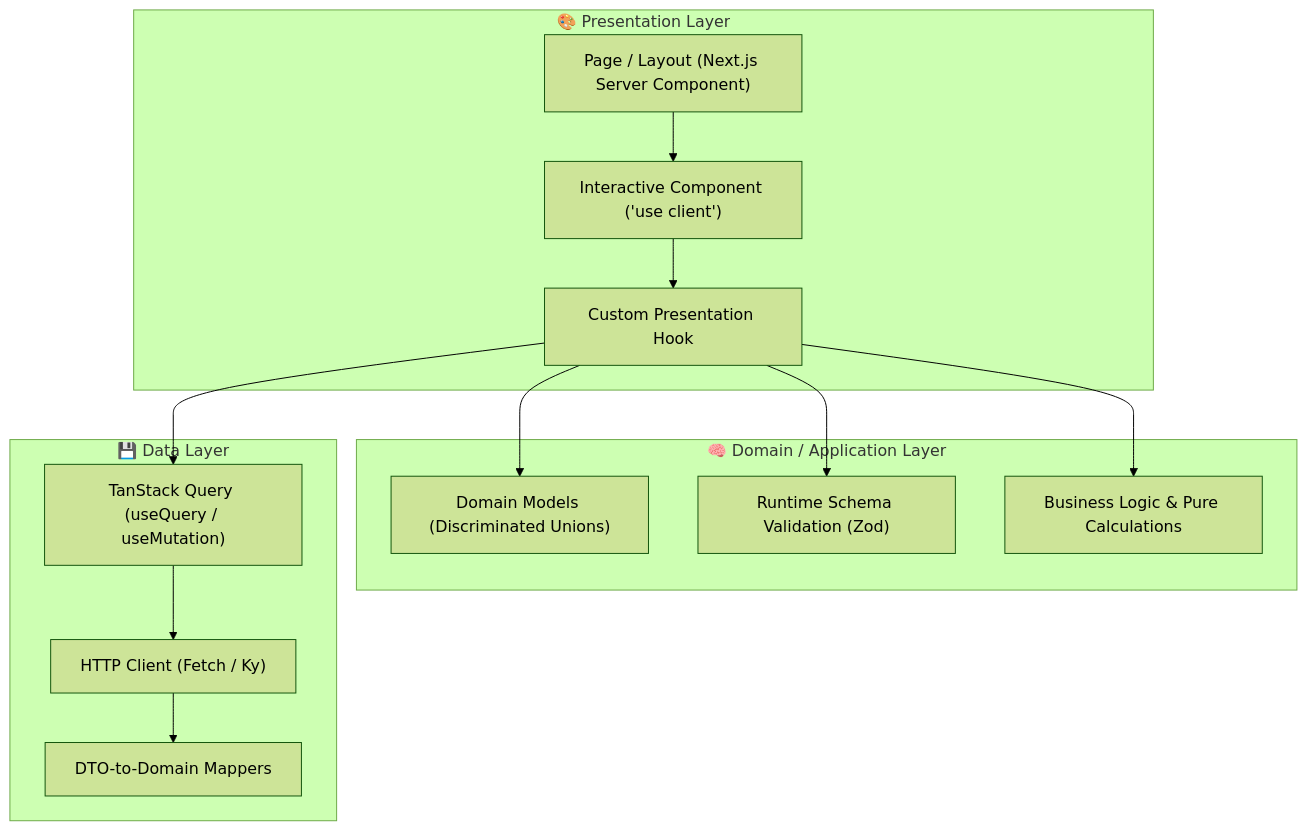
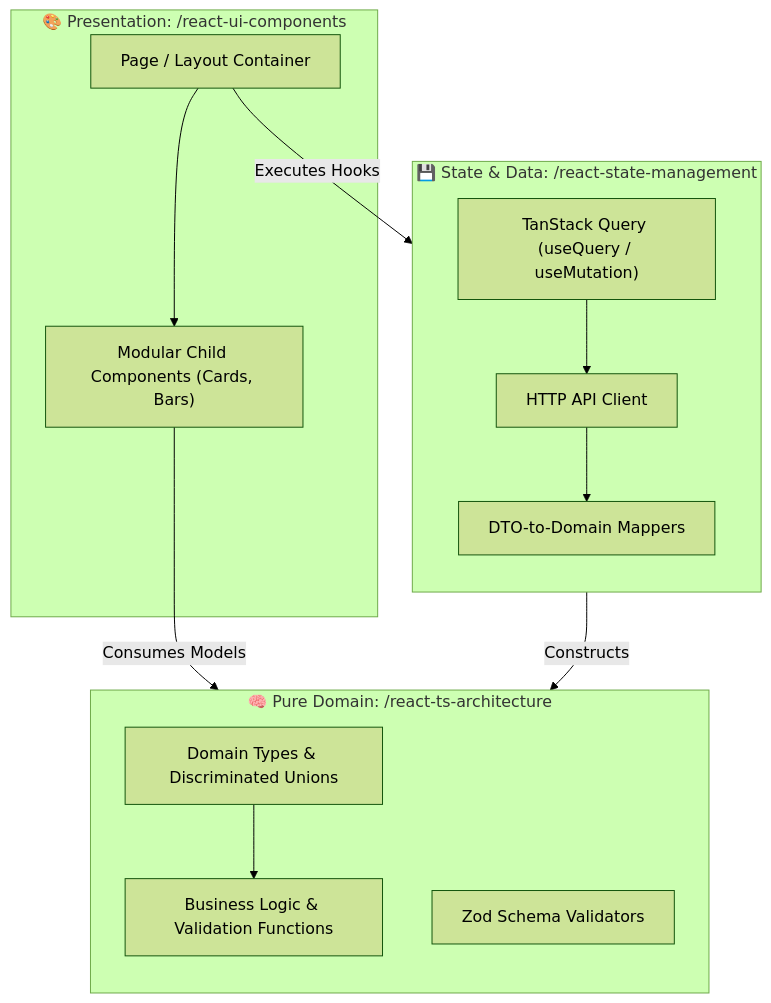
Before and after one commit to RidhwanAF/AI-Agent-Skills: the diagram in react-ts-skills/README.md, drawn with Mermaid (forest theme). The commit also changed other lines of this file and 21 other files, not shown here.

Commit message:
feat(modular): decompose Android and React skills, add Windows support, changelog recorder, and KMP pure domain standards

````diff
--- a/react-ts-skills/README.md
+++ b/react-ts-skills/README.md
@@ -23,28 +32,29 @@
 ```mermaid
 flowchart TD
-    subgraph UI ["🎨 Presentation Layer"]
-        Page["Page / Layout (Next.js Server Component)"]
-        InteractiveComp["Interactive Component ('use client')"]
-        CustomHook["Custom Presentation Hook"]
-        Page --> InteractiveComp
-        InteractiveComp --> CustomHook
+    subgraph PresentationLayer ["🎨 Presentation: /react-ui-components"]
+        Page["Page / Layout Container"]
+        Components["Modular Child Components (Cards, Bars)"]
+        Page --> Components
     end
 
-    subgraph Domain ["🧠 Domain / Application Layer"]
-        DomainType["Domain Models (Discriminated Unions)"]
-        ZodSchema["Runtime Schema Validation (Zod)"]
-        PureLogic["Business Logic & Pure Calculations"]
-        CustomHook --> DomainType
-        CustomHook --> ZodSchema
-        CustomHook --> PureLogic
+    subgraph DomainLayer ["🧠 Pure Domain: /react-ts-architecture"]
+        direction TB
+        DomainModels["Domain Types & Discriminated Unions"]
+        ZodSchemas["Zod Schema Validators"]
+        PureLogic["Business Logic & Validation Functions"]
+        DomainModels --> PureLogic
     end
 
-    subgraph Data ["💾 Data Layer"]
-        TanStackQuery["TanStack Query (useQuery / useMutation)"]
-        HttpClient["HTTP Client (Fetch / Ky)"]
+    subgraph DataLayer ["💾 State & Data: /react-state-management"]
+        direction TB
+        TanStack["TanStack Query (useQuery / useMutation)"]
+        ApiClient["HTTP API Client"]
         Mappers["DTO-to-Domain Mappers"]
-        CustomHook --> TanStackQuery
-        TanStackQuery --> HttpClient
-        HttpClient --> Mappers
+        TanStack --> ApiClient
+        ApiClient --> Mappers
     end
+
+    Page -->|Executes Hooks| TanStack
+    Components -->|Consumes Models| DomainModels
+    Mappers -->|Constructs| DomainModels
 ```
````
